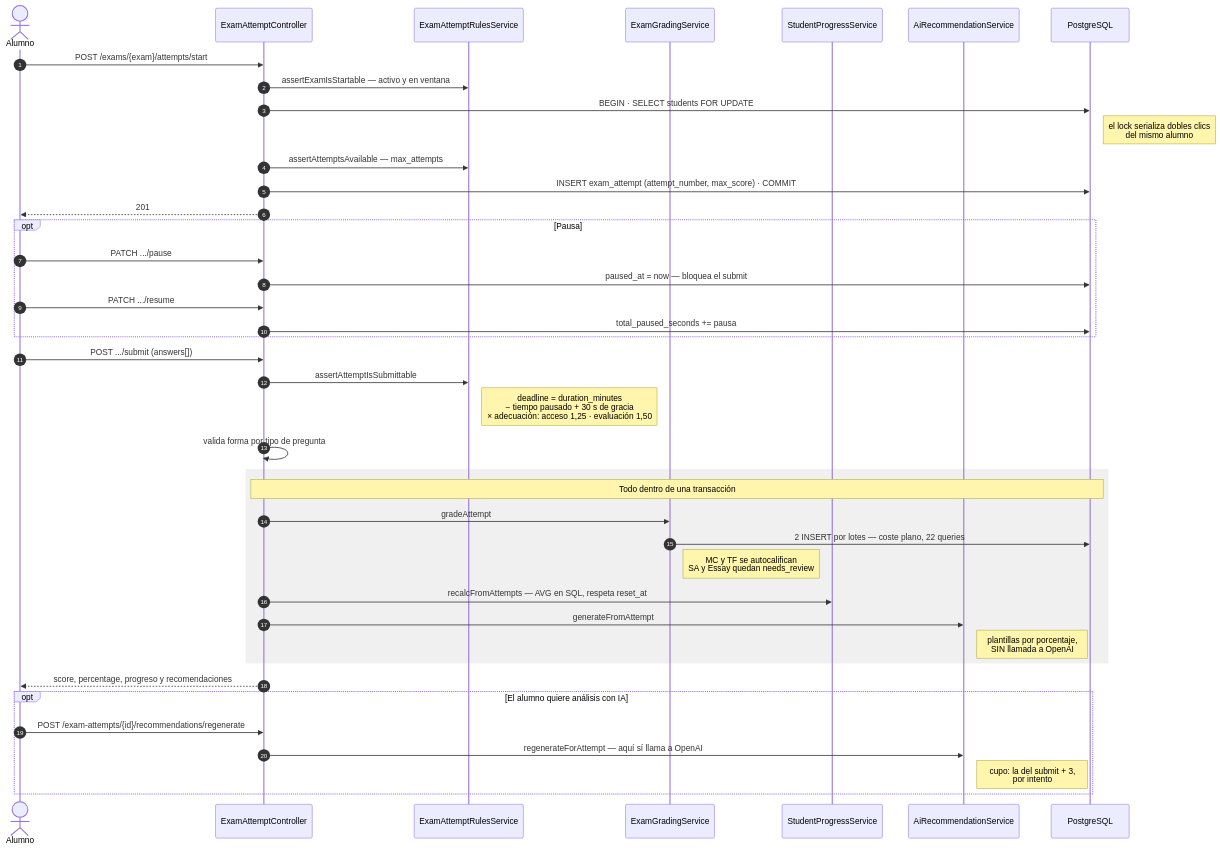
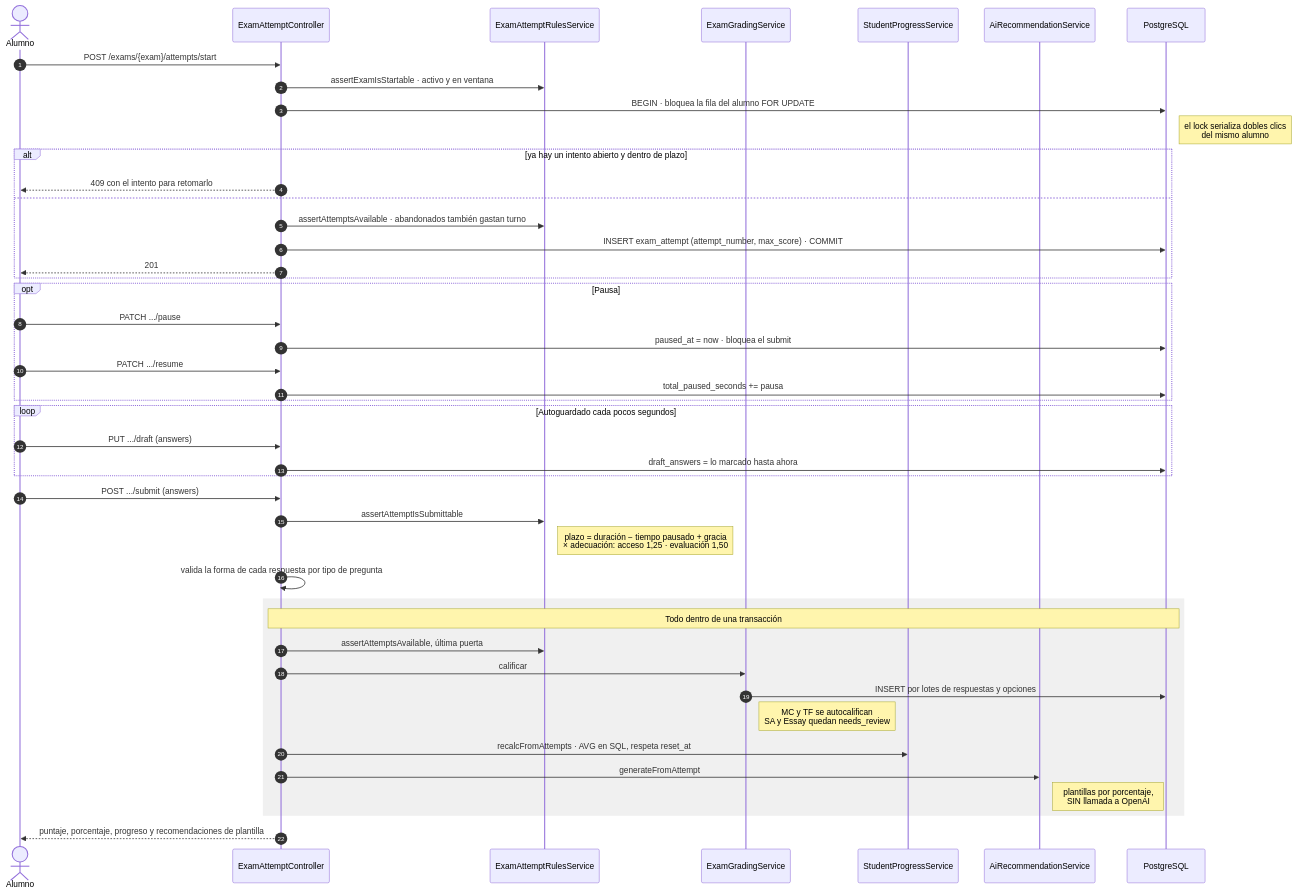
One commit to Infil505/NeoEduCore-Back changed diagram 13 of 19 in docs/DIAGRAMAS.md. Above: the diagram before and after it, drawn with Mermaid. The commit also changed other lines of this file and 25 other files, not shown here.

````diff
--- a/docs/DIAGRAMAS.md
+++ b/docs/DIAGRAMAS.md
@@ -885,49 +999,53 @@
 ```mermaid
 sequenceDiagram
     autonumber
     actor Alumno
     participant API as ExamAttemptController
     participant Reglas as ExamAttemptRulesService
     participant Cal as ExamGradingService
     participant Prog as StudentProgressService
     participant IA as AiRecommendationService
     participant DB as PostgreSQL
 
     Alumno->>API: POST /exams/{exam}/attempts/start
-    API->>Reglas: assertExamIsStartable — activo y en ventana
-    API->>DB: BEGIN · SELECT students FOR UPDATE
+    API->>Reglas: assertExamIsStartable · activo y en ventana
+    API->>DB: BEGIN · bloquea la fila del alumno FOR UPDATE
     note right of DB: el lock serializa dobles clics<br/>del mismo alumno
-    API->>Reglas: assertAttemptsAvailable — max_attempts
-    API->>DB: INSERT exam_attempt (attempt_number, max_score) · COMMIT
-    API-->>Alumno: 201
+    alt ya hay un intento abierto y dentro de plazo
+        API-->>Alumno: 409 con el intento para retomarlo
+    else
+        API->>Reglas: assertAttemptsAvailable · abandonados también gastan turno
+        API->>DB: INSERT exam_attempt (attempt_number, max_score) · COMMIT
+        API-->>Alumno: 201
+    end
 
     opt Pausa
         Alumno->>API: PATCH .../pause
-        API->>DB: paused_at = now — bloquea el submit
+        API->>DB: paused_at = now · bloquea el submit
         Alumno->>API: PATCH .../resume
         API->>DB: total_paused_seconds += pausa
     end
 
-    Alumno->>API: POST .../submit (answers[])
+    loop Autoguardado cada pocos segundos
+        Alumno->>API: PUT .../draft (answers)
+        API->>DB: draft_answers = lo marcado hasta ahora
+    end
+
+    Alumno->>API: POST .../submit (answers)
     API->>Reglas: assertAttemptIsSubmittable
-    note right of Reglas: deadline = duration_minutes<br/>− tiempo pausado + 30 s de gracia<br/>× adecuación: acceso 1,25 · evaluación 1,50
-    API->>API: valida forma por tipo de pregunta
+    note right of Reglas: plazo = duración − tiempo pausado + gracia<br/>× adecuación: acceso 1,25 · evaluación 1,50
+    API->>API: valida la forma de cada respuesta por tipo de pregunta
 
     rect rgb(240, 240, 240)
     note over API,DB: Todo dentro de una transacción
-    API->>Cal: gradeAttempt
-    Cal->>DB: 2 INSERT por lotes — coste plano, 22 queries
+    API->>Reglas: assertAttemptsAvailable, última puerta
+    API->>Cal: calificar
+    Cal->>DB: INSERT por lotes de respuestas y opciones
     note right of Cal: MC y TF se autocalifican<br/>SA y Essay quedan needs_review
-    API->>Prog: recalcFromAttempts — AVG en SQL, respeta reset_at
+    API->>Prog: recalcFromAttempts · AVG en SQL, respeta reset_at
     API->>IA: generateFromAttempt
     note right of IA: plantillas por porcentaje,<br/>SIN llamada a OpenAI
     end
 
-    API-->>Alumno: score, percentage, progreso y recomendaciones
-
-    opt El alumno quiere análisis con IA
-        Alumno->>API: POST /exam-attempts/{id}/recommendations/regenerate
-        API->>IA: regenerateForAttempt — aquí sí llama a OpenAI
-        note right of IA: cupo: la del submit + 3,<br/>por intento
-    end
+    API-->>Alumno: puntaje, porcentaje, progreso y recomendaciones de plantilla
 ```
````
